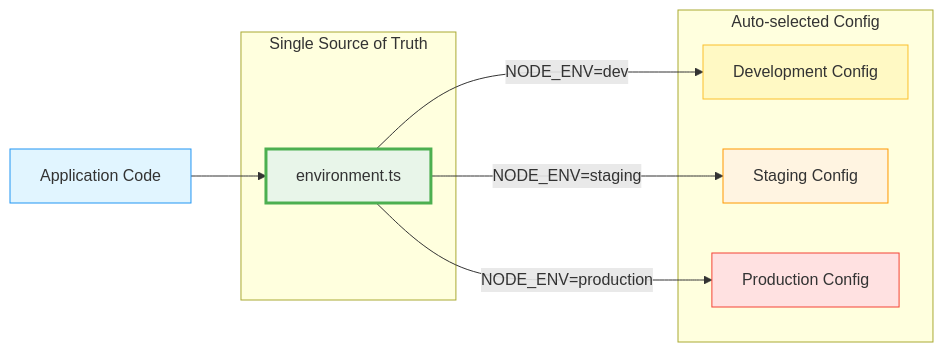
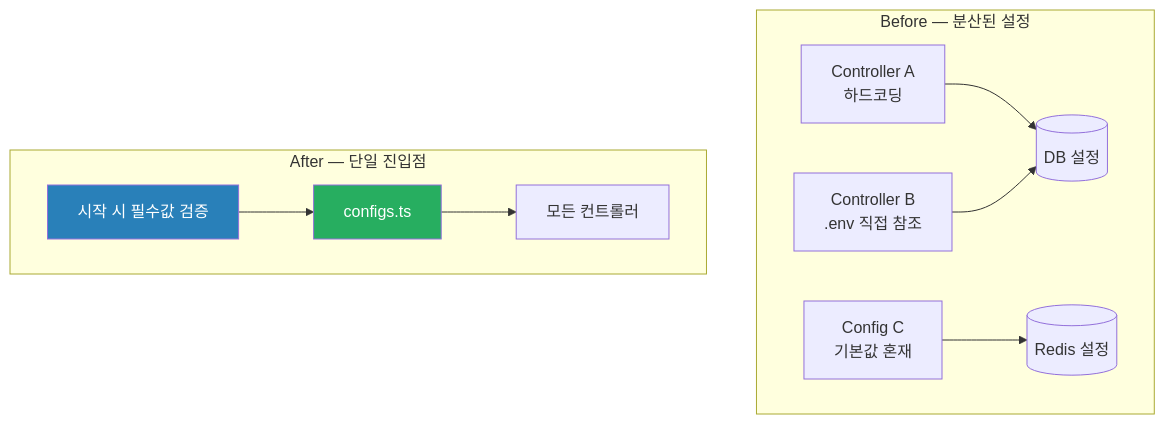
The third of 7 diagrams in TECHNICAL_CHALLENGES.md (1985jwlee/production-iot-backend), drawn with Mermaid before and after one commit. The commit also changed other lines of this file, not shown here.

````diff
--- a/TECHNICAL_CHALLENGES.md
+++ b/TECHNICAL_CHALLENGES.md
@@ -379,24 +169,17 @@
 ```mermaid
-graph LR
-    subgraph "Single Source of Truth"
-        ENV[environment.ts]
+graph TB
+    subgraph "Before — 분산된 설정"
+        C1[Controller A\n하드코딩] --> DB
+        C2[Controller B\n.env 직접 참조] --> DB
+        C3[Config C\n기본값 혼재] --> REDIS
+        DB[(DB 설정)]
+        REDIS[(Redis 설정)]
     end
-    
-    subgraph "Auto-selected Config"
-        DEV[Development Config]
-        STG[Staging Config]
-        PROD[Production Config]
+    subgraph "After — 단일 진입점"
+        CONF[configs.ts] --> ALL[모든 컨트롤러]
+        VAL[시작 시 필수값 검증] --> CONF
     end
-    
-    ENV -->|NODE_ENV=dev| DEV
-    ENV -->|NODE_ENV=staging| STG
-    ENV -->|NODE_ENV=production| PROD
-    
-    CODE[Application Code] --> ENV
-    
-    style ENV fill:#e8f5e9,stroke:#4caf50,stroke-width:3px
-    style CODE fill:#e1f5ff,stroke:#2196f3
-    style DEV fill:#fff9c4,stroke:#fbc02d
-    style STG fill:#fff4e1,stroke:#ff9800
-    style PROD fill:#ffe1e1,stroke:#f44336
+
+    style CONF fill:#27ae60,color:#fff
+    style VAL fill:#2980b9,color:#fff
 ```
````
